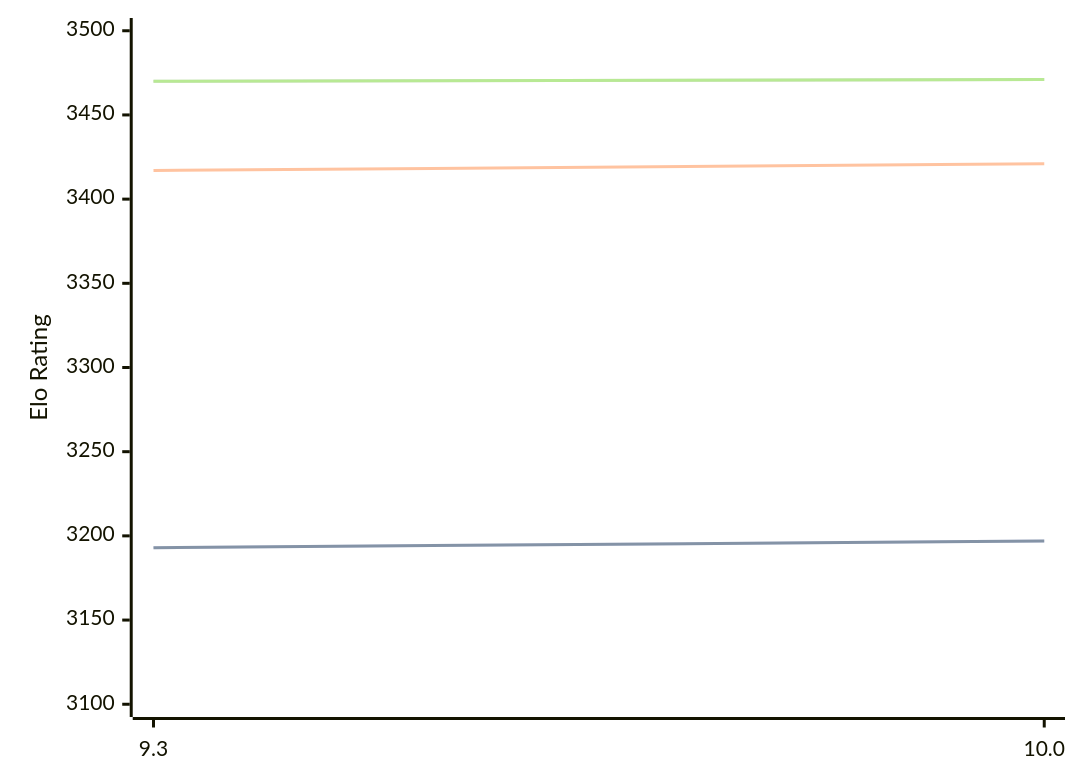
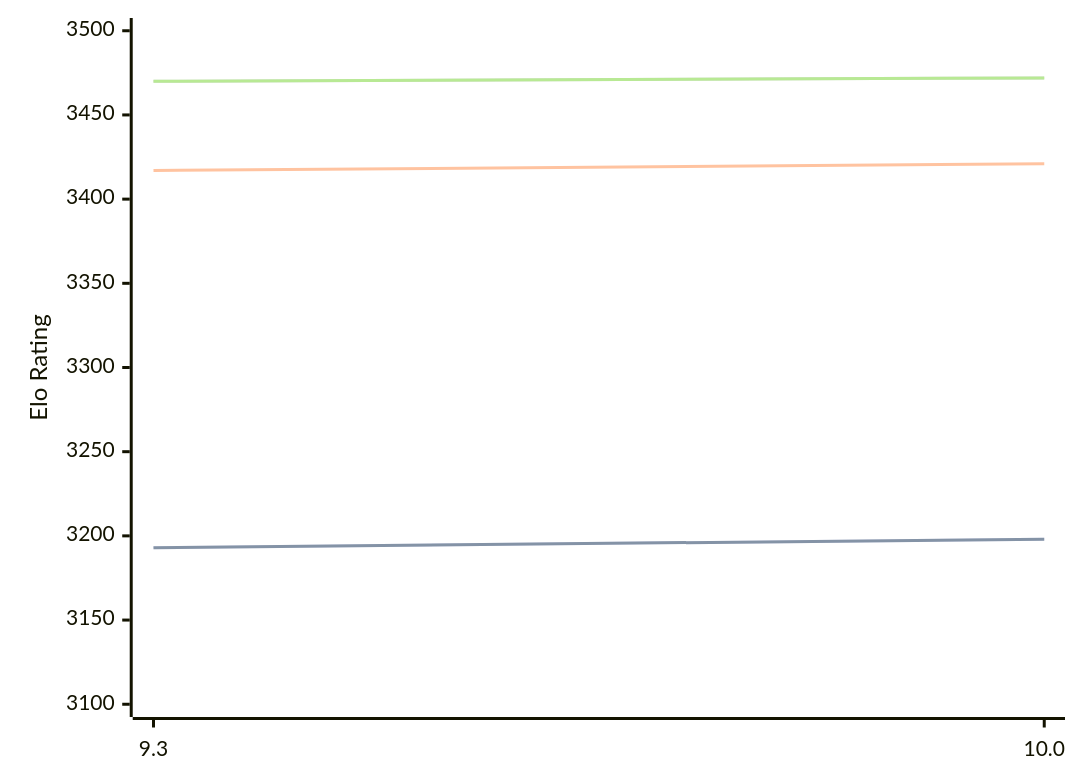
The diagram in engines/Fire.md (computer-chess-index/cci), drawn with Mermaid before and after one commit. The commit also changed other lines of this file, not shown here.

Commit message:
Update CCI Ratings (ELO VLTC) - 2026-05-03

````diff
--- a/engines/Fire.md
+++ b/engines/Fire.md
@@ -47,11 +47,11 @@
 ```mermaid
 %%{init: {"theme":"base","themeVariables":{"seriesColors:['#a3a3a3','#222221','#faa371']}}}%%
 xychart-beta
   x-axis ["9.3", "10.0"]
   y-axis "Elo Rating" 3100 --> 3500
-  line "STC (8.0+0.08s)" [3193, 3197]
-  line "STC (8.0+0.08s)" [3193, 3197]
+  line "STC (8.0+0.08s)" [3193, 3198]
+  line "STC (8.0+0.08s)" [3193, 3198]
   line "LTC (60.0+0.60s)" [3417, 3421]
-  line "VLTC (2m24s+1.12s)" [3470, 3471]
-  line "VLTC (2m24s+1.12s)" [3470, 3471]
+  line "VLTC (2m24s+1.12s)" [3470, 3472]
+  line "VLTC (2m24s+1.12s)" [3470, 3472]
 ```
````
